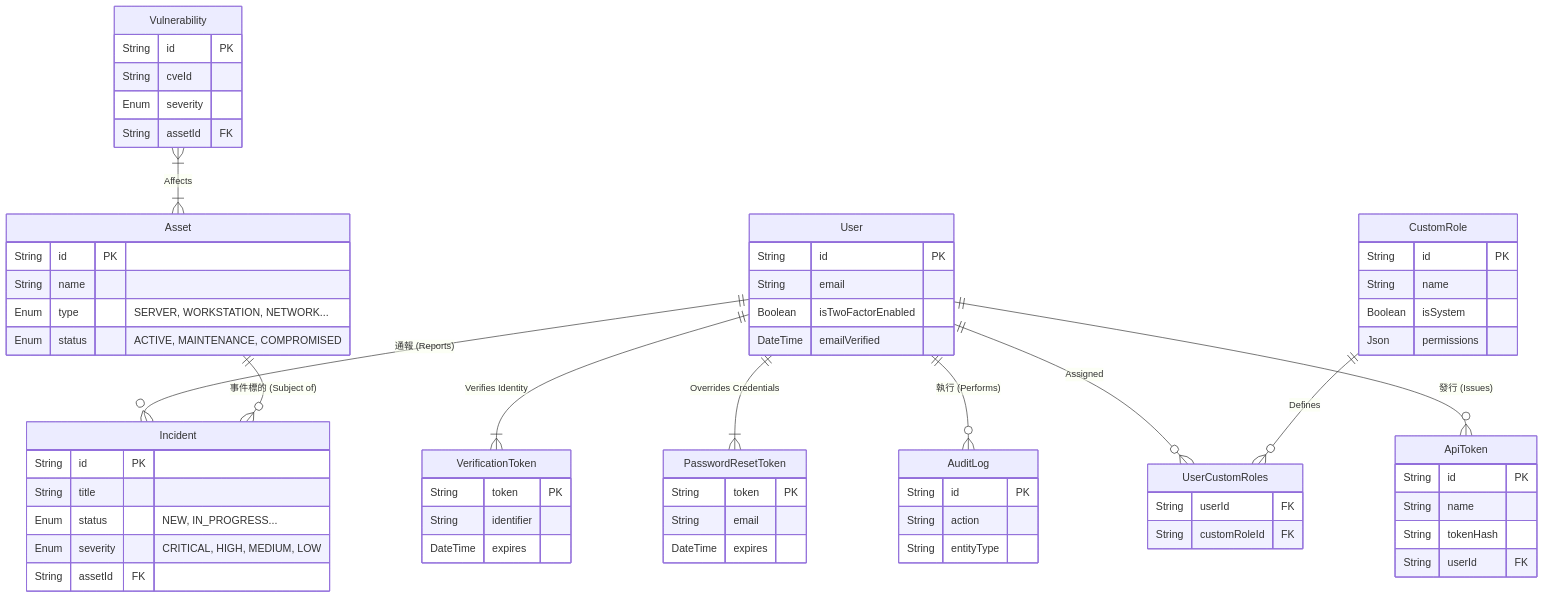
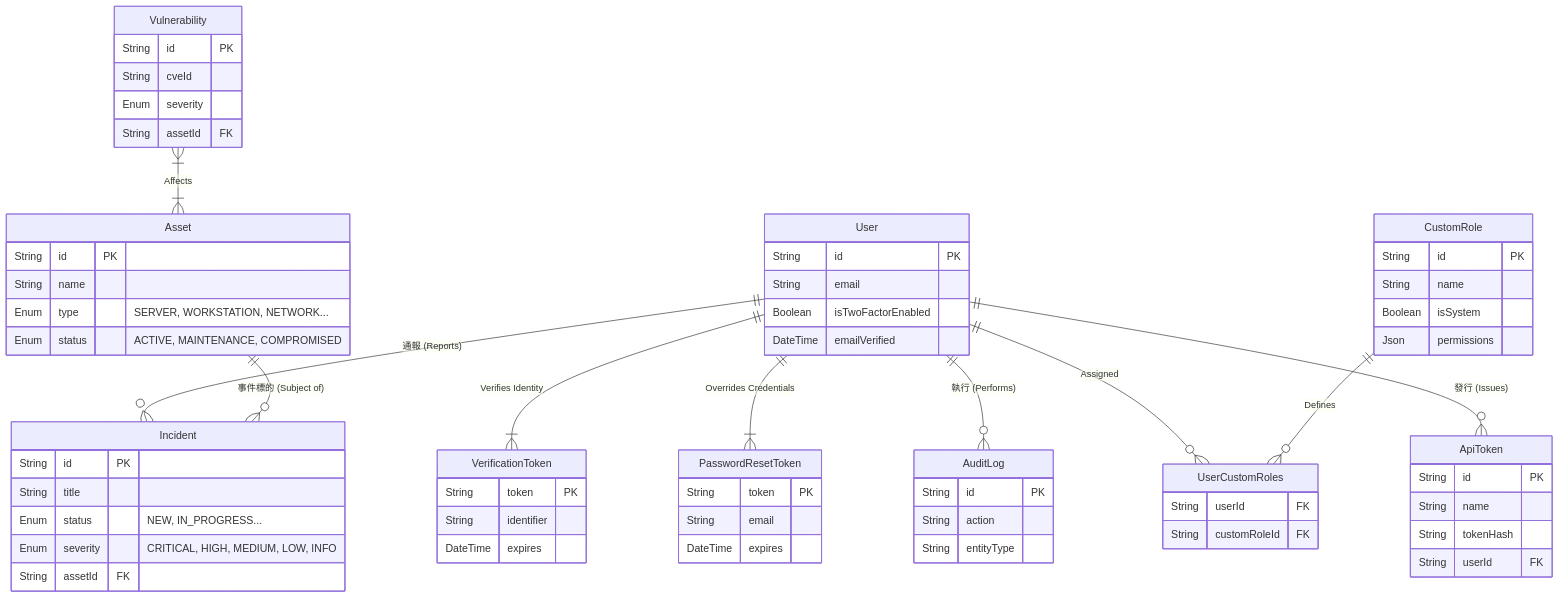
One commit to Cyber-Sec-Space/openticket changed the third of 6 diagrams in docs/ARCHITECTURE.zh-TW.md. Above: the diagram before and after it, drawn with Mermaid. The commit also changed 46 other files, not shown here.

````diff
--- a/docs/ARCHITECTURE.zh-TW.md
+++ b/docs/ARCHITECTURE.zh-TW.md
@@ -59,69 +59,69 @@
 ```mermaid
 erDiagram
     User {
         String id PK
         String email
         Boolean isTwoFactorEnabled
         DateTime emailVerified
     }
     CustomRole {
         String id PK
         String name
         Boolean isSystem
         Json permissions
     }
     UserCustomRoles {
         String userId FK
         String customRoleId FK
     }
     VerificationToken {
         String token PK
         String identifier
         DateTime expires
     }
     PasswordResetToken {
         String token PK
         String email
         DateTime expires
     }
     ApiToken {
         String id PK
         String name
         String tokenHash
         String userId FK
     }
     Asset {
         String id PK
         String name
         Enum type "SERVER, WORKSTATION, NETWORK..."
         Enum status "ACTIVE, MAINTENANCE, COMPROMISED"
     }
     Incident {
         String id PK
         String title
         Enum status "NEW, IN_PROGRESS..."
-        Enum severity "CRITICAL, HIGH, MEDIUM, LOW"
+        Enum severity "CRITICAL, HIGH, MEDIUM, LOW, INFO"
         String assetId FK
     }
     Vulnerability {
         String id PK
         String cveId
         Enum severity
         String assetId FK
     }
     AuditLog {
         String id PK
         String action
         String entityType
     }
 
     User ||--o{ Incident : "通報 (Reports)"
     Asset ||--o{ Incident : "事件標的 (Subject of)"
     Vulnerability }|--|{ Asset : "Affects"
     User ||--|{ VerificationToken : "Verifies Identity"
     User ||--|{ PasswordResetToken : "Overrides Credentials"
     User ||--o{ AuditLog : "執行 (Performs)"
     User ||--o{ UserCustomRoles : "Assigned"
     CustomRole ||--o{ UserCustomRoles : "Defines"
     User ||--o{ ApiToken : "發行 (Issues)"
 ```
````
